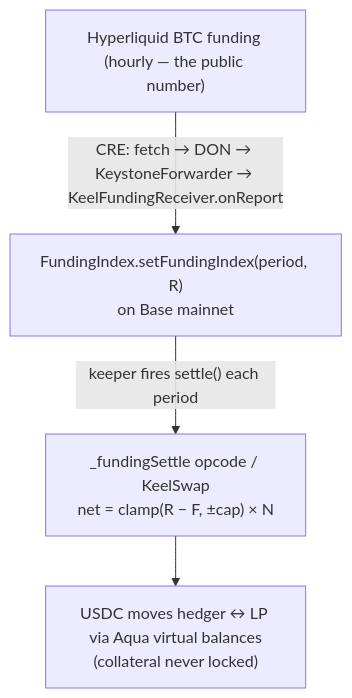
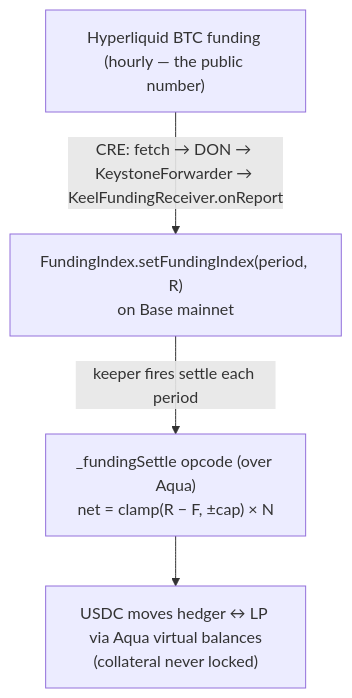
One commit to 0xYudhishthra/TenorFi changed the second of 2 diagrams in README.md. Above: the diagram before and after it, drawn with Mermaid. The commit also changed other lines of this file and 8 other files, not shown here.

First line of the commit message:
refactor(contracts): Aqua-only settlement — remove custodial KeelSwap

````diff
--- a/README.md
+++ b/README.md
@@ -64,6 +64,6 @@
 ```mermaid
 flowchart TB
     A["Hyperliquid BTC funding (hourly — the public number)"] -->|"CRE: fetch → DON → KeystoneForwarder → KeelFundingReceiver.onReport"| B["FundingIndex.setFundingIndex(period, R)<br/>on Base mainnet"]
-    B -->|"keeper fires settle() each period"| C["_fundingSettle opcode / KeelSwap<br/>net = clamp(R − F, ±cap) × N"]
+    B -->|"keeper fires settle each period"| C["_fundingSettle opcode (over Aqua)<br/>net = clamp(R − F, ±cap) × N"]
     C --> D["USDC moves hedger ↔ LP via Aqua virtual balances<br/>(collateral never locked)"]
 ```
````
